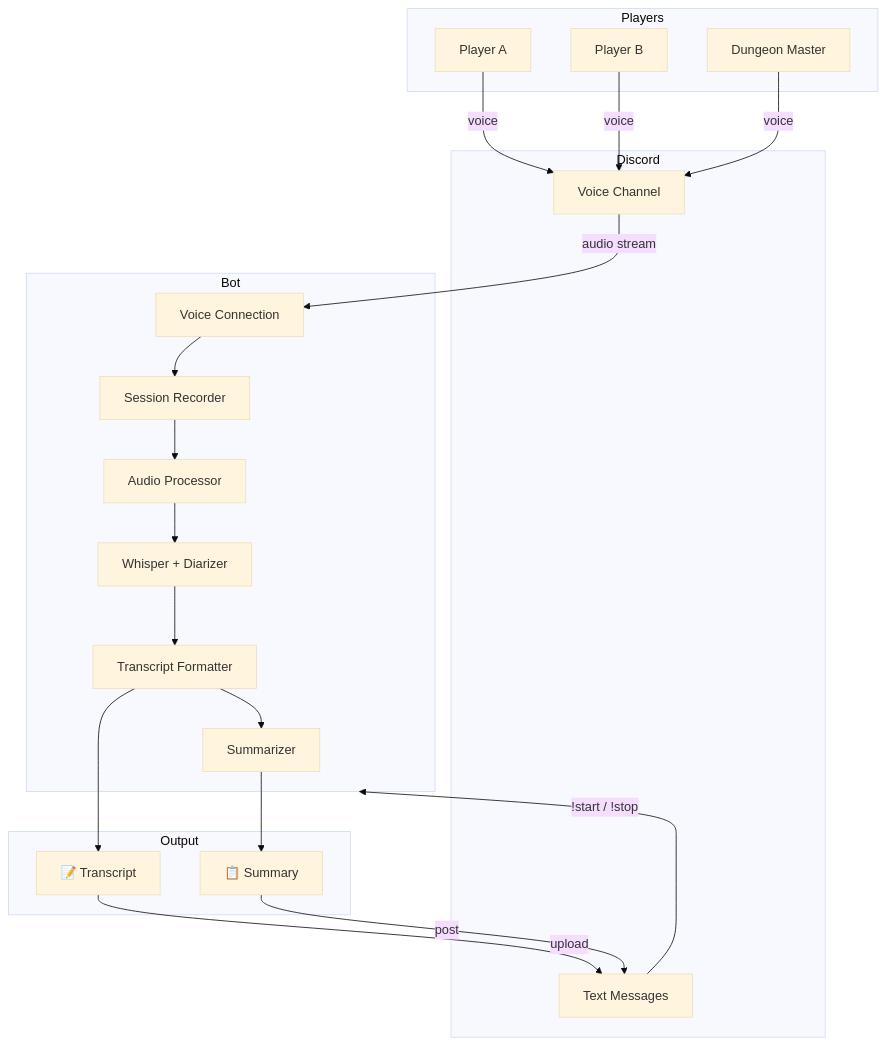
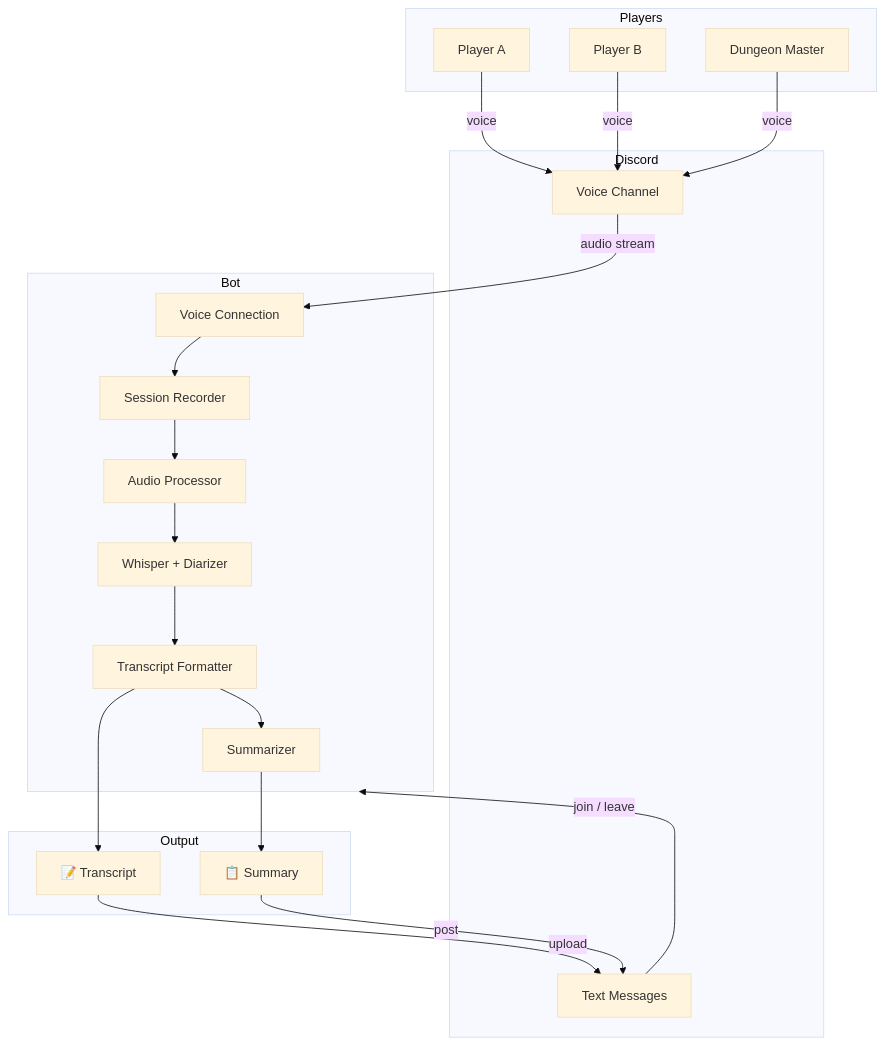
Before and after one commit to niklastypes/clairvoyance: the second of 2 diagrams in docs/architecture.md, drawn with Mermaid (base theme). The commit also changed other lines of this file, not shown here.

Commit message:
docs: update architecture.md for Phase +1 complete

````diff
--- a/docs/architecture.md
+++ b/docs/architecture.md
@@ -51,41 +61,41 @@
 ```mermaid
 graph TD
     subgraph Discord["Discord"]
         Channel["Voice Channel"]
         Messages["Text Messages"]
     end
 
     subgraph Players["Players"]
         User1["Player A"]
         User2["Player B"]
         DM["Dungeon Master"]
     end
 
     subgraph Bot["Bot"]
         VC["Voice Connection"]
         Recorder["Session Recorder"]
         Processor["Audio Processor"]
         Transcriber["Whisper + Diarizer"]
         Formatter["Transcript Formatter"]
         Summarizer["Summarizer"]
     end
 
     subgraph Output["Output"]
         Transcript["📝 Transcript"]
         Summary["📋 Summary"]
     end
 
     User1 & User2 & DM -->|"voice"| Channel
     Channel -->|"audio stream"| VC
     VC --> Recorder
     Recorder --> Processor
     Processor --> Transcriber
     Transcriber --> Formatter
     Formatter --> Transcript
     Formatter --> Summarizer
     Summarizer --> Summary
 
-    Messages -->|"!start / !stop"| Bot
+    Messages -->|"join / leave"| Bot
     Transcript -->|"upload"| Messages
     Summary -->|"post"| Messages
 ```
````
